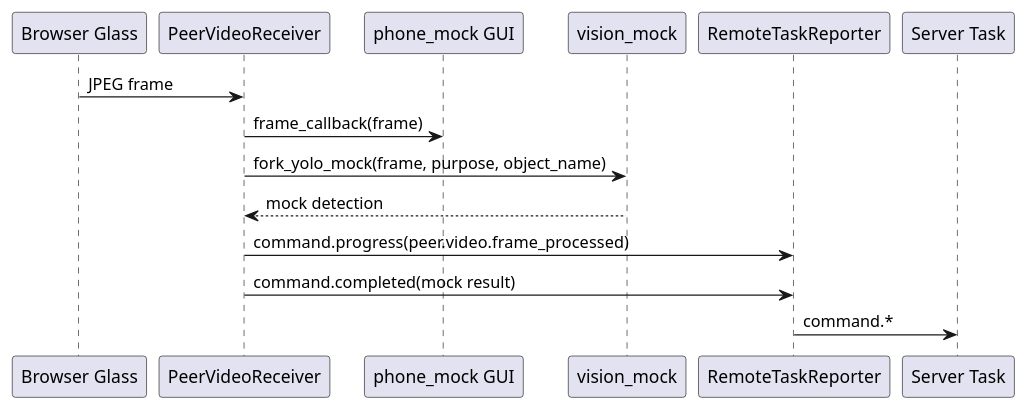
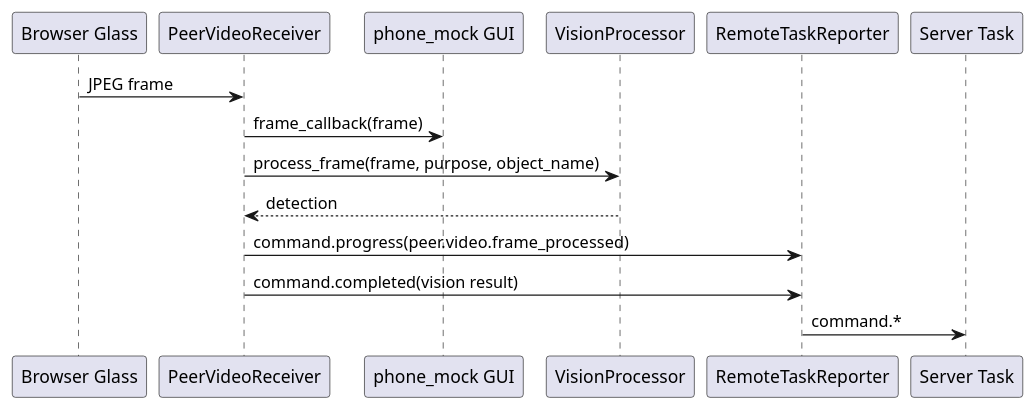
The first of 3 diagrams in examples/for-blind-app/docs/devices/yolo-phone-migration-design.md (HengeLiu/RealtimeAgent), drawn with PlantUML before and after one commit. The commit also changed other lines of this file and 25 other files, not shown here.

````diff
--- a/examples/for-blind-app/docs/devices/yolo-phone-migration-design.md
+++ b/examples/for-blind-app/docs/devices/yolo-phone-migration-design.md
@@ -76,20 +83,20 @@
 ```plantuml
 @startuml
 skinparam componentStyle rectangle
 
 participant "Browser Glass" as Glass
 participant "PeerVideoReceiver" as Receiver
 participant "phone_mock GUI" as GUI
-participant "vision_mock" as Mock
+participant "VisionProcessor" as Processor
 participant "RemoteTaskReporter" as Reporter
 participant "Server Task" as Task
 
 Glass -> Receiver : JPEG frame
 Receiver -> GUI : frame_callback(frame)
-Receiver -> Mock : fork_yolo_mock(frame, purpose, object_name)
-Mock --> Receiver : mock detection
+Receiver -> Processor : process_frame(frame, purpose, object_name)
+Processor --> Receiver : detection
 Receiver -> Reporter : command.progress(peer.video.frame_processed)
-Receiver -> Reporter : command.completed(mock result)
+Receiver -> Reporter : command.completed(vision result)
 Reporter -> Task : command.*
 @enduml
 ```
````
